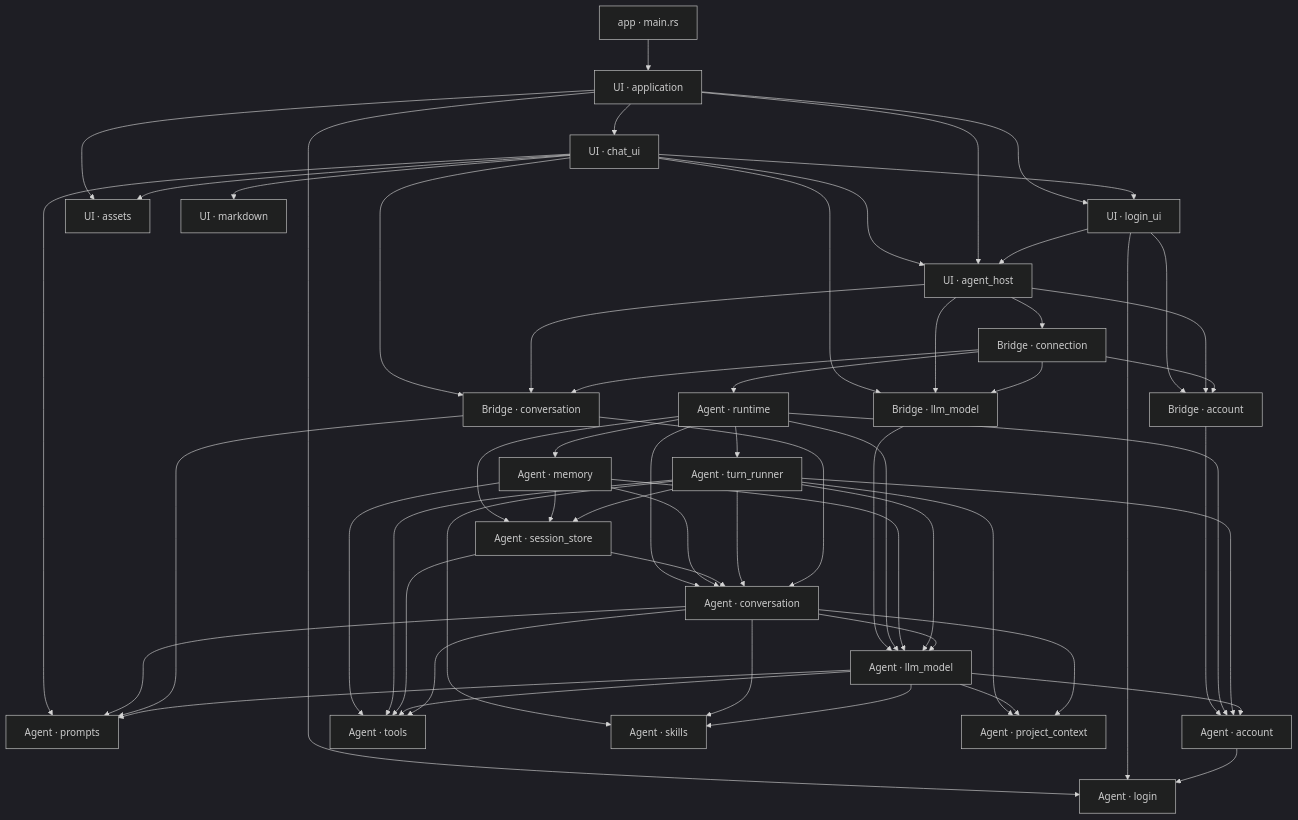
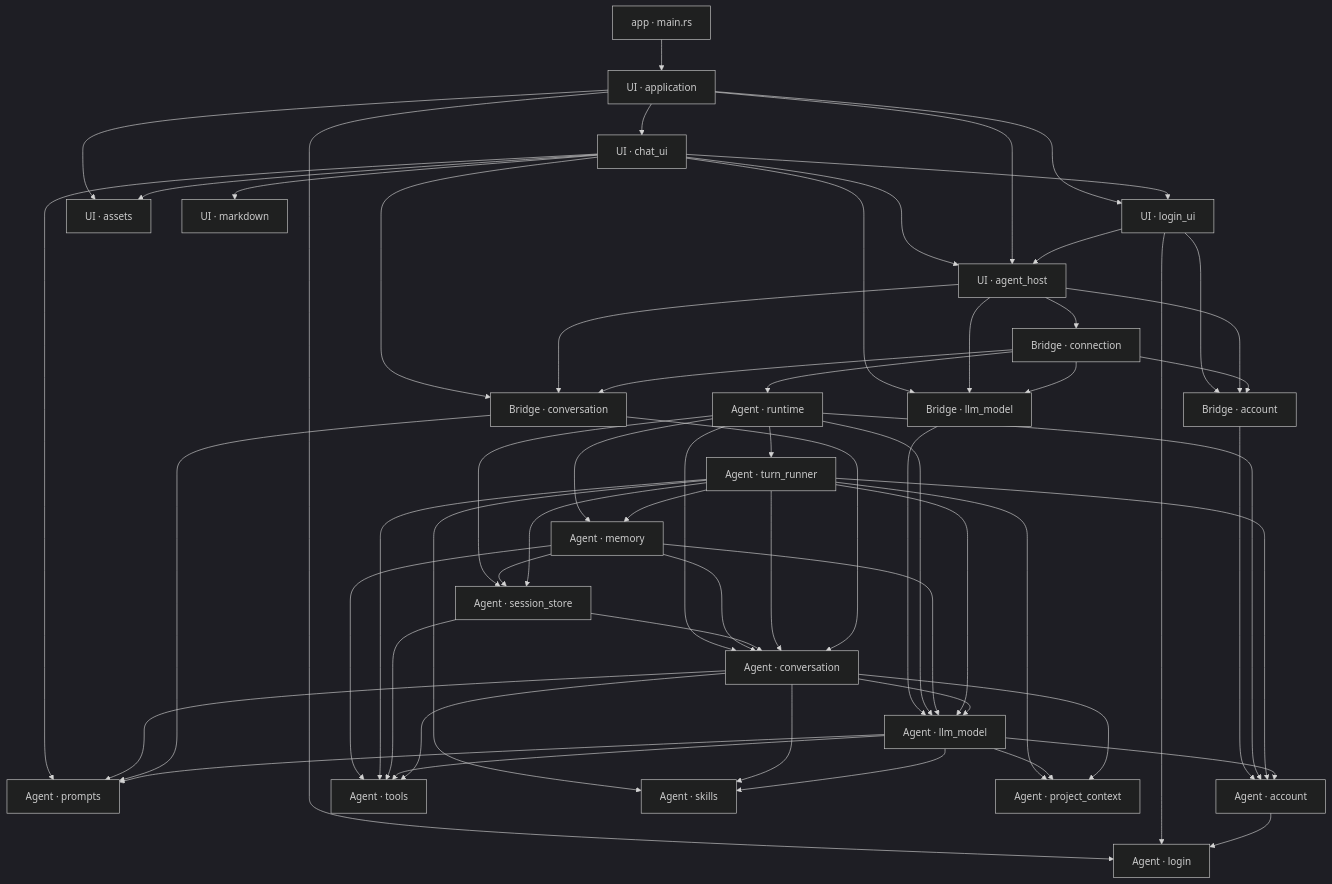
One commit to slc90/Agentelier changed the first of 3 diagrams in docs/design/architecture.md. Above: the diagram before and after it, drawn with Mermaid (dark theme). The commit also changed 26 other files, not shown here.

````diff
--- a/docs/design/architecture.md
+++ b/docs/design/architecture.md
@@ -37,61 +37,62 @@
 ```mermaid
 flowchart TD
     Entry["app · main.rs"] --> App["UI · application"]
     App --> UI["UI · login_ui"]
     App --> Assets["UI · assets"]
     App --> Login["Agent · login"]
     UI --> Login
     App --> ChatUI["UI · chat_ui"]
     ChatUI --> Markdown["UI · markdown"]
     ChatUI --> UI
     ChatUI --> Host
     App --> Host["UI · agent_host"]
     UI --> Host
     Host --> Connection["Bridge · connection"]
     UI --> AccountBridge["Bridge · account"]
     ChatUI --> ModelBridge["Bridge · llm_model"]
     ChatUI --> ConversationBridge["Bridge · conversation"]
     ChatUI --> Prompts["Agent · prompts"]
     ChatUI --> Assets
     Host --> AccountBridge
     Host --> ModelBridge
     Host --> ConversationBridge
     Connection --> Runtime["Agent · runtime"]
     Connection --> AccountBridge
     Connection --> ModelBridge
     Connection --> ConversationBridge
     AccountBridge --> Account["Agent · account"]
     ModelBridge --> Model["Agent · llm_model"]
     Runtime --> Account
     Runtime --> Model
     Runtime --> Conversation["Agent · conversation"]
     Runtime --> SessionStore["Agent · session_store"]
     Runtime --> Memory["Agent · memory"]
     Memory --> SessionStore
     Memory --> Conversation
     Memory --> Model
     Memory --> Tools
     SessionStore --> Conversation
     Runtime --> Runner["Agent · turn_runner"]
     Runner --> Conversation
     Runner --> Skills["Agent · skills"]
     Conversation --> Skills
     Runner --> ProjectContext["Agent · project_context"]
     Runner --> Model
+    Runner --> Memory
     Runner --> Account
     Runner --> Tools["Agent · tools"]
     Runner --> SessionStore
     SessionStore --> Tools
     Model --> Skills
     Model --> ProjectContext
     Model --> Tools
     Conversation --> Tools
     Conversation --> Model
     Conversation --> Prompts
     Conversation --> ProjectContext
     ConversationBridge --> Conversation
     ConversationBridge --> Prompts
     Model --> Prompts
     Model --> Account
     Account --> Login
 ```
````
